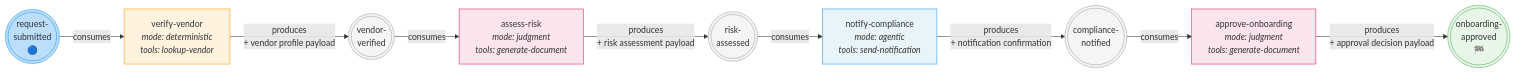
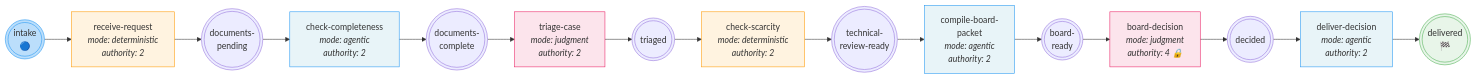
The sixth of 10 diagrams in architecture-diagrams.md (CyberHoward/cl-institute), drawn with Mermaid before and after one commit. The commit also changed other lines of this file and 46 other files, not shown here.

First line of the commit message:
chore: remove superseded modules, update docs to reflect core engine architecture

````diff
--- a/architecture-diagrams.md
+++ b/architecture-diagrams.md
@@ -310,39 +179,30 @@
 ```mermaid
 graph LR
-    p1((("request-<br/>submitted<br/>🔵")))
+    p1((("intake<br/>🔵")))
+    t1["receive-request<br/><i>mode: deterministic<br/>authority: 2</i>"]
+    p2((("documents-<br/>pending")))
+    t2["check-completeness<br/><i>mode: agentic<br/>authority: 2</i>"]
+    p3((("documents-<br/>complete")))
+    t3["triage-case<br/><i>mode: judgment<br/>authority: 2</i>"]
+    p4((("triaged")))
+    t4["check-scarcity<br/><i>mode: deterministic<br/>authority: 2</i>"]
+    p5((("technical-<br/>review-ready")))
+    t5["compile-board-<br/>packet<br/><i>mode: agentic<br/>authority: 2</i>"]
+    p6((("board-<br/>ready")))
+    t6["board-decision<br/><i>mode: judgment<br/>authority: 4 🔒</i>"]
+    p7((("decided")))
+    t7["deliver-decision<br/><i>mode: agentic<br/>authority: 2</i>"]
+    p8((("delivered<br/>🏁")))
 
-    t1["verify-vendor<br/><i>mode: deterministic</i><br/><i>tools: lookup-vendor</i>"]
-
-    p2((("vendor-<br/>verified")))
-
-    t2["assess-risk<br/><i>mode: judgment</i><br/><i>tools: generate-document</i>"]
-
-    p3((("risk-<br/>assessed")))
-
-    t3["notify-compliance<br/><i>mode: agentic</i><br/><i>tools: send-notification</i>"]
-
-    p4((("compliance-<br/>notified")))
-
-    t4["approve-onboarding<br/><i>mode: judgment</i><br/><i>tools: generate-document</i>"]
-
-    p5((("onboarding-<br/>approved<br/>🏁")))
-
-    p1 -->|"consumes"| t1
-    t1 -->|"produces<br/>+ vendor profile payload"| p2
-    p2 -->|"consumes"| t2
-    t2 -->|"produces<br/>+ risk assessment payload"| p3
-    p3 -->|"consumes"| t3
-    t3 -->|"produces<br/>+ notification confirmation"| p4
-    p4 -->|"consumes"| t4
-    t4 -->|"produces<br/>+ approval decision payload"| p5
+    p1 --> t1 --> p2 --> t2 --> p3 --> t3 --> p4 --> t4 --> p5 --> t5 --> p6 --> t6 --> p7 --> t7 --> p8
 
     style p1 fill:#bbdefb,stroke:#2196f3
-    style p2 fill:#f5f5f5,stroke:#9e9e9e
-    style p3 fill:#f5f5f5,stroke:#9e9e9e
-    style p4 fill:#f5f5f5,stroke:#9e9e9e
-    style p5 fill:#e8f5e9,stroke:#4caf50
+    style p8 fill:#e8f5e9,stroke:#4caf50
     style t1 fill:#fff3e0,stroke:#ff9800
-    style t2 fill:#fce4ec,stroke:#e91e63
-    style t3 fill:#e8f4f8,stroke:#2196F3
-    style t4 fill:#fce4ec,stroke:#e91e63
+    style t2 fill:#e8f4f8,stroke:#2196F3
+    style t3 fill:#fce4ec,stroke:#e91e63
+    style t4 fill:#fff3e0,stroke:#ff9800
+    style t5 fill:#e8f4f8,stroke:#2196F3
+    style t6 fill:#fce4ec,stroke:#e91e63
+    style t7 fill:#e8f4f8,stroke:#2196F3
 ```
````
